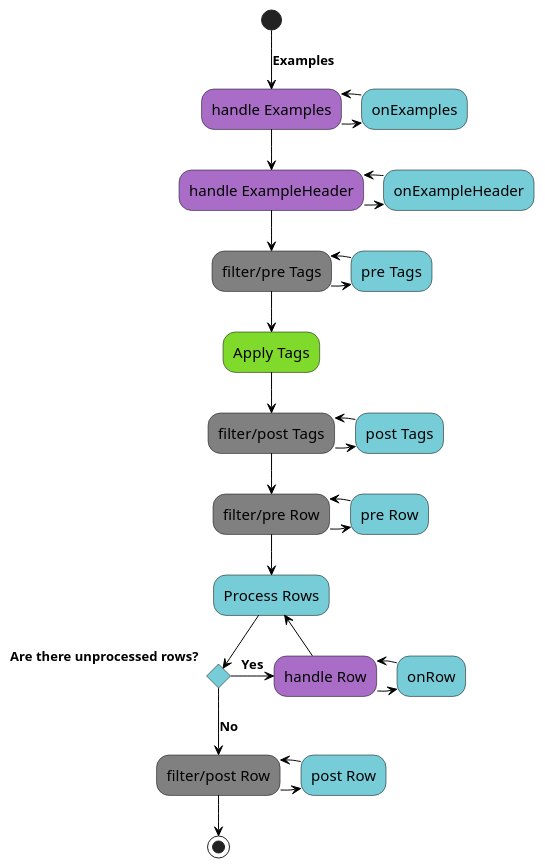
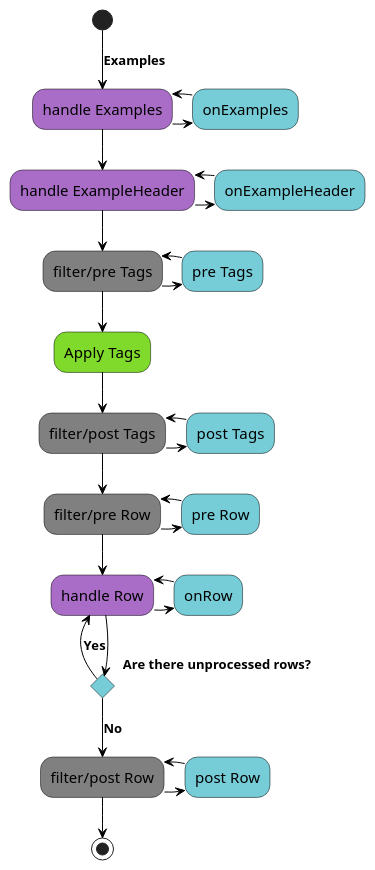
One commit to gherking/gherking-docs changed the diagram in src/data/example.puml. Above: the diagram before and after it, drawn with PlantUML. The commit also changed 4 other files, not shown here.

Commit message:
plantuml visualization of the precompiler

```diff
--- a/src/data/example.puml
+++ b/src/data/example.puml
@@ -1,42 +1,41 @@
 @startuml
 skinparam activity {
 BackgroundColor #76CDD8
 BackgroundColor<<apply>> #80DA2B
 BackgroundColor<<filter>> #808080
 BackgroundColor<<handle>> #AA6DC7
 ArrowColor black
 ArrowFontSize 13
 ArrowFontStyle bold
 ArrowFontName Segoe UI
 BorderColor black
 FontName Segoe UI
 FontSize 15
 }
 (*) -->[Examples] "handle Examples"
 -right-> "onExamples"
 -left-> "handle Examples" <<handle>>
 --> "handle ExampleHeader" <<handle>>
 -right-> "onExampleHeader"
 -left-> "handle ExampleHeader"
 --> "filter/pre Tags" <<filter>>
 -right-> "pre Tags"
 -left-> "filter/pre Tags"
 --> "Apply Tags" <<apply>>
 --> "filter/post Tags" <<filter>>
 -right-> "post Tags"
 -left-> "filter/post Tags"
 --> "filter/pre Row" <<filter>>
 -right-> "pre Row"
 -left-> "filter/pre Row" <<filter>>
---> "Process Rows"
-If "Are there unprocessed rows?"
--right-> [Yes] "handle Row" <<handle>>
+--> "handle Row" <<handle>>
 -right-> "onRow"
 -left-> "handle Row"
--left-> "Process Rows"
+If "Are there unprocessed rows?"
+-left-> [Yes] "handle Row" <<handle>>
 else
 --> [No] "filter/post Row" <<filter>>
 -right-> "post Row"
 -left-> "filter/post Row" <<filter>>
 --> (*)
 @enduml
```
